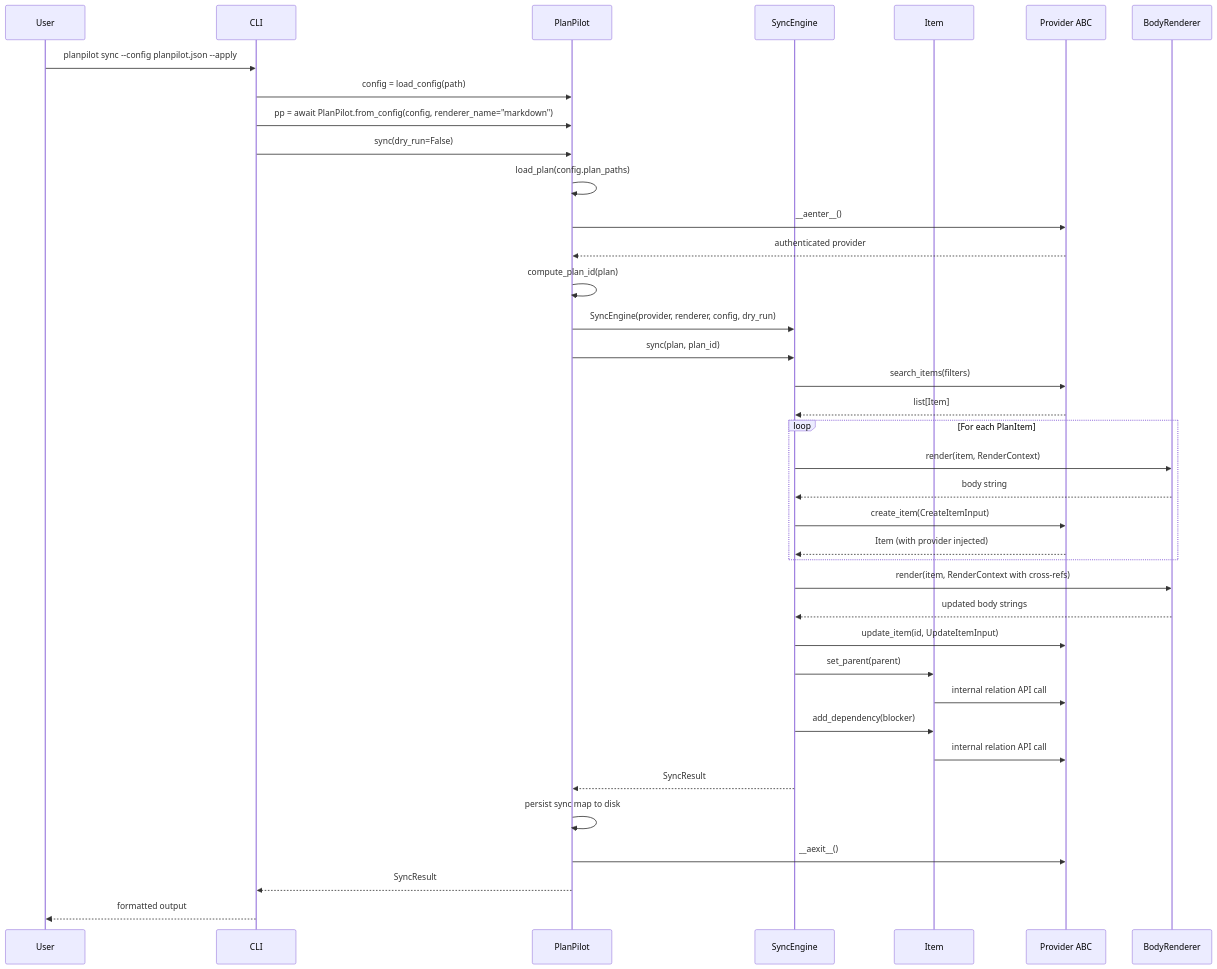
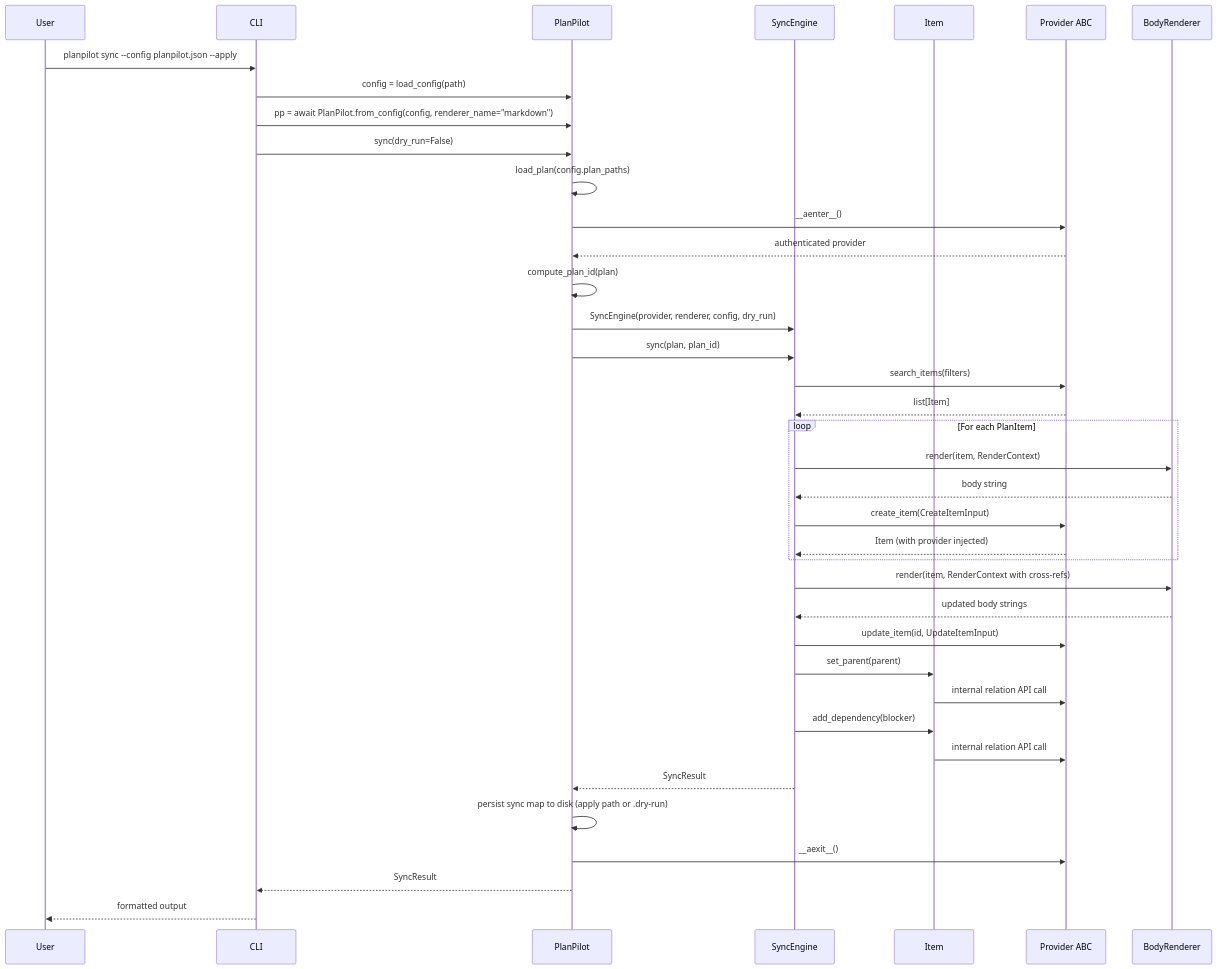
One commit to aryeko/planpilot changed the third of 3 diagrams in docs/v2/architecture.md. Above: the diagram before and after it, drawn with Mermaid. The commit also changed other lines of this file and 9 other files, not shown here.

````diff
--- a/docs/v2/architecture.md
+++ b/docs/v2/architecture.md
@@ -439,47 +440,47 @@
 ```mermaid
 sequenceDiagram
     participant User
     participant CLI
     participant SDK as PlanPilot
     participant Engine as SyncEngine
     participant Item as Item
     participant Provider as Provider ABC
     participant Renderer as BodyRenderer
 
     User->>CLI: planpilot sync --config planpilot.json --apply
     CLI->>SDK: config = load_config(path)
     CLI->>SDK: pp = await PlanPilot.from_config(config, renderer_name="markdown")
     CLI->>SDK: sync(dry_run=False)
     SDK->>SDK: load_plan(config.plan_paths)
     SDK->>Provider: __aenter__()
     Provider-->>SDK: authenticated provider
 
     SDK->>SDK: compute_plan_id(plan)
     SDK->>Engine: SyncEngine(provider, renderer, config, dry_run)
     SDK->>Engine: sync(plan, plan_id)
 
     Engine->>Provider: search_items(filters)
     Provider-->>Engine: list[Item]
 
     loop For each PlanItem
         Engine->>Renderer: render(item, RenderContext)
         Renderer-->>Engine: body string
         Engine->>Provider: create_item(CreateItemInput)
         Provider-->>Engine: Item (with provider injected)
     end
 
     Engine->>Renderer: render(item, RenderContext with cross-refs)
     Renderer-->>Engine: updated body strings
     Engine->>Provider: update_item(id, UpdateItemInput)
 
     Engine->>Item: set_parent(parent)
     Item->>Provider: internal relation API call
     Engine->>Item: add_dependency(blocker)
     Item->>Provider: internal relation API call
 
     Engine-->>SDK: SyncResult
-    SDK->>SDK: persist sync map to disk
+    SDK->>SDK: persist sync map to disk (apply path or .dry-run)
     SDK->>Provider: __aexit__()
     SDK-->>CLI: SyncResult
     CLI-->>User: formatted output
 ```
````
